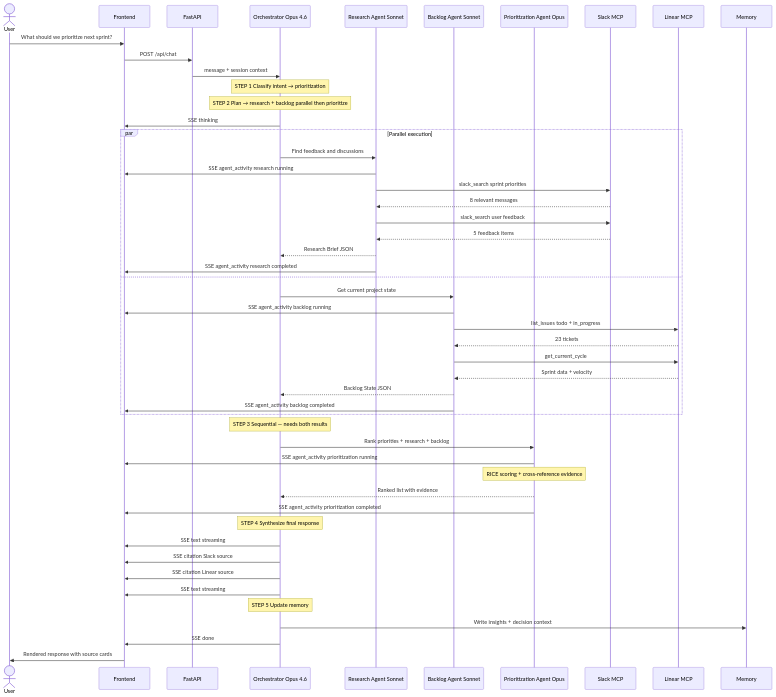
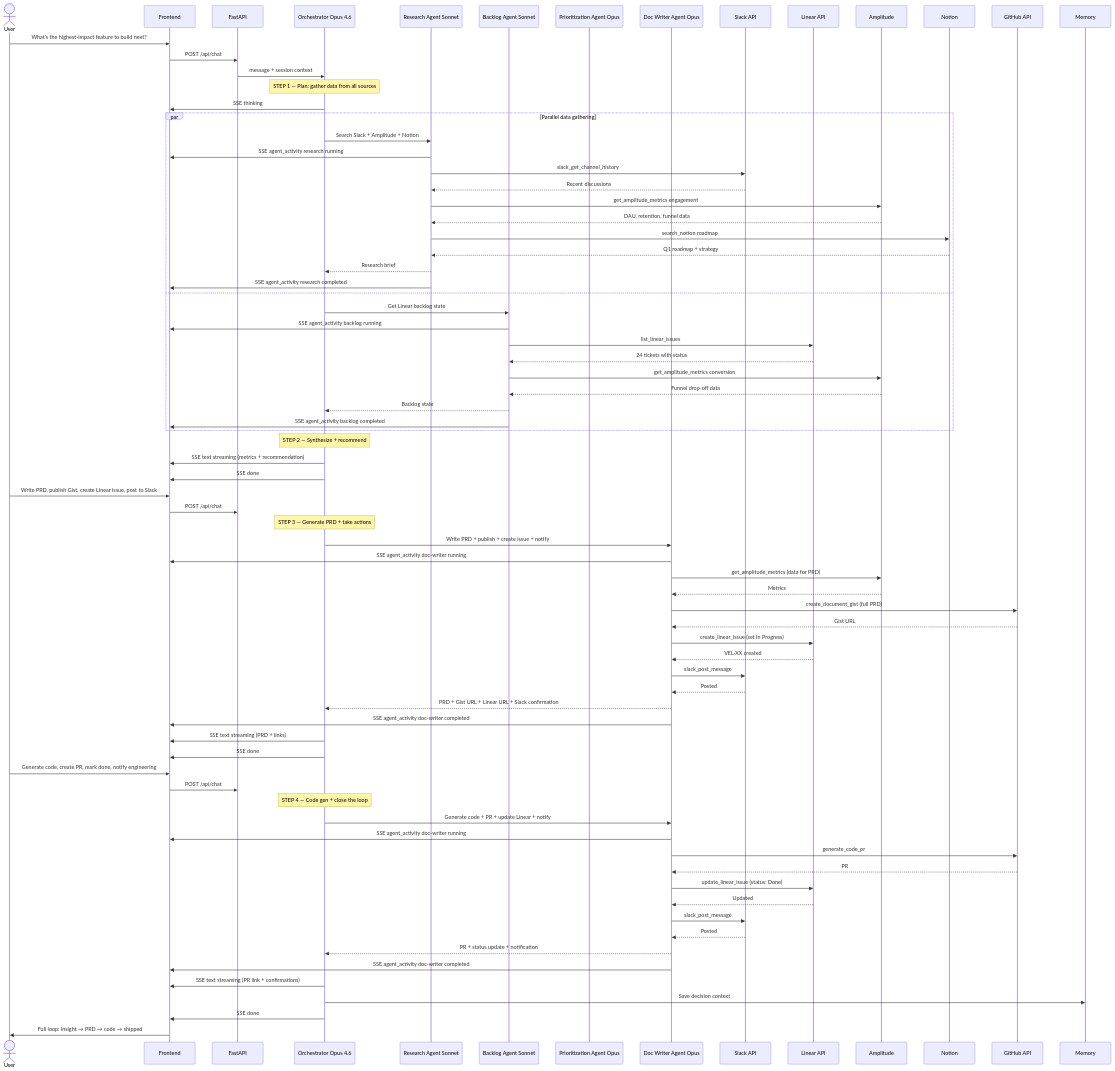
One commit to naga-k/velocity changed the diagram in diagrams/02-agent-orchestration.mermaid. Above: the diagram before and after it, drawn with Mermaid. The commit also changed 1 other file, not shown here.

Commit message:
Update architecture diagrams with full tool coverage

```diff
--- a/diagrams/02-agent-orchestration.mermaid
+++ b/diagrams/02-agent-orchestration.mermaid
@@ -1,64 +1,94 @@
 sequenceDiagram
     actor User
     participant FE as Frontend
     participant API as FastAPI
     participant Orch as Orchestrator Opus 4.6
     participant RA as Research Agent Sonnet
     participant BA as Backlog Agent Sonnet
     participant PA as Prioritization Agent Opus
-    participant Slack as Slack MCP
-    participant Linear as Linear MCP
+    participant DW as Doc Writer Agent Opus
+    participant Slack as Slack API
+    participant Linear as Linear API
+    participant Amp as Amplitude
+    participant Notion as Notion
+    participant GH as GitHub API
     participant Mem as Memory
 
-    User->>FE: What should we prioritize next sprint?
+    User->>FE: What's the highest-impact feature to build next?
     FE->>API: POST /api/chat
     API->>Orch: message + session context
 
-    Note over Orch: STEP 1 Classify intent → prioritization
-
-    Note over Orch: STEP 2 Plan → research + backlog parallel then prioritize
+    Note over Orch: STEP 1 — Plan: gather data from all sources
 
     Orch->>FE: SSE thinking
 
-    par Parallel execution
-        Orch->>RA: Find feedback and discussions
+    par Parallel data gathering
+        Orch->>RA: Search Slack + Amplitude + Notion
         RA->>FE: SSE agent_activity research running
-        RA->>Slack: slack_search sprint priorities
-        Slack-->>RA: 8 relevant messages
-        RA->>Slack: slack_search user feedback
-        Slack-->>RA: 5 feedback items
-        RA-->>Orch: Research Brief JSON
+        RA->>Slack: slack_get_channel_history #product
+        Slack-->>RA: Recent discussions
+        RA->>Amp: get_amplitude_metrics engagement
+        Amp-->>RA: DAU, retention, funnel data
+        RA->>Notion: search_notion roadmap
+        Notion-->>RA: Q1 roadmap + strategy
+        RA-->>Orch: Research brief
         RA->>FE: SSE agent_activity research completed
 
     and
-        Orch->>BA: Get current project state
+        Orch->>BA: Get Linear backlog state
         BA->>FE: SSE agent_activity backlog running
-        BA->>Linear: list_issues todo + in_progress
-        Linear-->>BA: 23 tickets
-        BA->>Linear: get_current_cycle
-        Linear-->>BA: Sprint data + velocity
-        BA-->>Orch: Backlog State JSON
+        BA->>Linear: list_linear_issues
+        Linear-->>BA: 24 tickets with status
+        BA->>Amp: get_amplitude_metrics conversion
+        Amp-->>BA: Funnel drop-off data
+        BA-->>Orch: Backlog state
         BA->>FE: SSE agent_activity backlog completed
     end
 
-    Note over Orch: STEP 3 Sequential — needs both results
+    Note over Orch: STEP 2 — Synthesize + recommend
 
-    Orch->>PA: Rank priorities + research + backlog
-    PA->>FE: SSE agent_activity prioritization running
-    Note over PA: RICE scoring + cross-reference evidence
-    PA-->>Orch: Ranked list with evidence
-    PA->>FE: SSE agent_activity prioritization completed
-
-    Note over Orch: STEP 4 Synthesize final response
-
-    Orch->>FE: SSE text streaming
-    Orch->>FE: SSE citation Slack source
-    Orch->>FE: SSE citation Linear source
-    Orch->>FE: SSE text streaming
-
-    Note over Orch: STEP 5 Update memory
-
-    Orch->>Mem: Write insights + decision context
+    Orch->>FE: SSE text streaming (metrics + recommendation)
     Orch->>FE: SSE done
 
-    FE->>User: Rendered response with source cards
+    User->>FE: Write PRD, publish Gist, create Linear issue, post to Slack
+    FE->>API: POST /api/chat
+
+    Note over Orch: STEP 3 — Generate PRD + take actions
+
+    Orch->>DW: Write PRD + publish + create issue + notify
+    DW->>FE: SSE agent_activity doc-writer running
+    DW->>Amp: get_amplitude_metrics (data for PRD)
+    Amp-->>DW: Metrics
+    DW->>GH: create_document_gist (full PRD)
+    GH-->>DW: Gist URL
+    DW->>Linear: create_linear_issue (set In Progress)
+    Linear-->>DW: VEL-XX created
+    DW->>Slack: slack_post_message #product
+    Slack-->>DW: Posted
+    DW-->>Orch: PRD + Gist URL + Linear URL + Slack confirmation
+    DW->>FE: SSE agent_activity doc-writer completed
+
+    Orch->>FE: SSE text streaming (PRD + links)
+    Orch->>FE: SSE done
+
+    User->>FE: Generate code, create PR, mark done, notify engineering
+    FE->>API: POST /api/chat
+
+    Note over Orch: STEP 4 — Code gen + close the loop
+
+    Orch->>DW: Generate code + PR + update Linear + notify
+    DW->>FE: SSE agent_activity doc-writer running
+    DW->>GH: generate_code_pr
+    GH-->>DW: PR #13 URL
+    DW->>Linear: update_linear_issue (status: Done)
+    Linear-->>DW: Updated
+    DW->>Slack: slack_post_message #engineering
+    Slack-->>DW: Posted
+    DW-->>Orch: PR + status update + notification
+    DW->>FE: SSE agent_activity doc-writer completed
+
+    Orch->>FE: SSE text streaming (PR link + confirmations)
+    Orch->>Mem: Save decision context
+    Orch->>FE: SSE done
+
+    FE->>User: Full loop: insight → PRD → code → shipped
```
